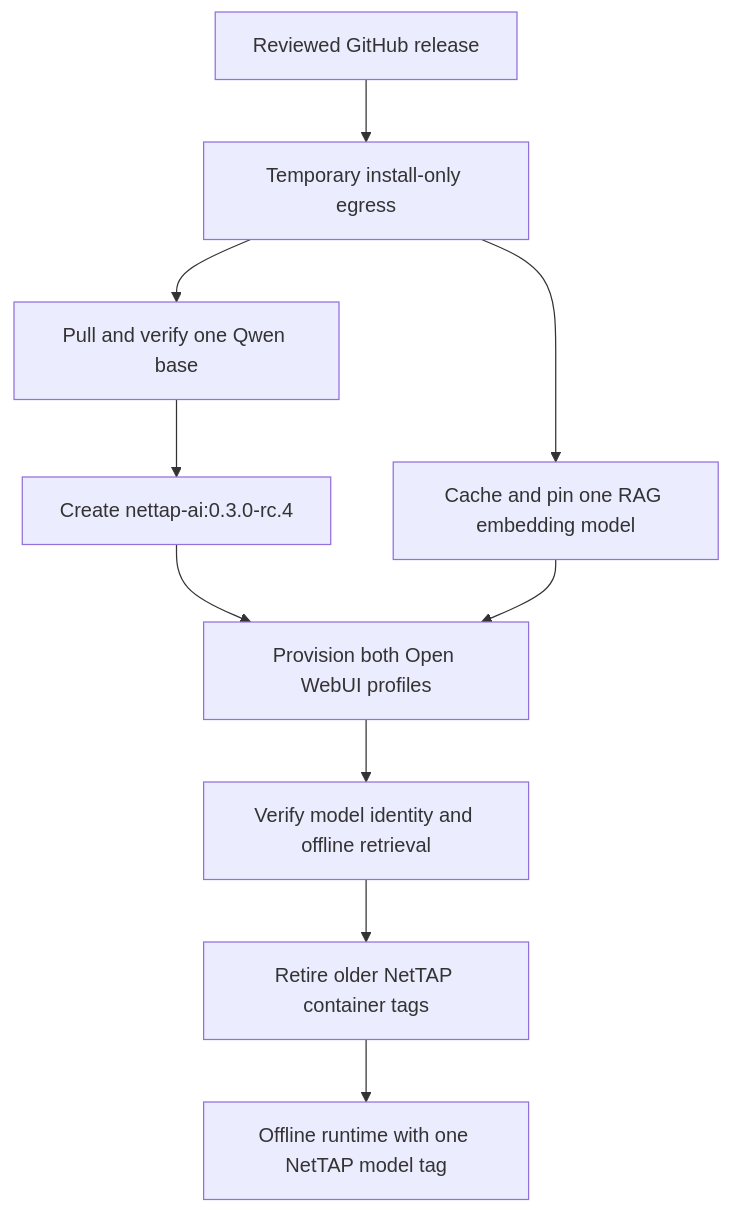
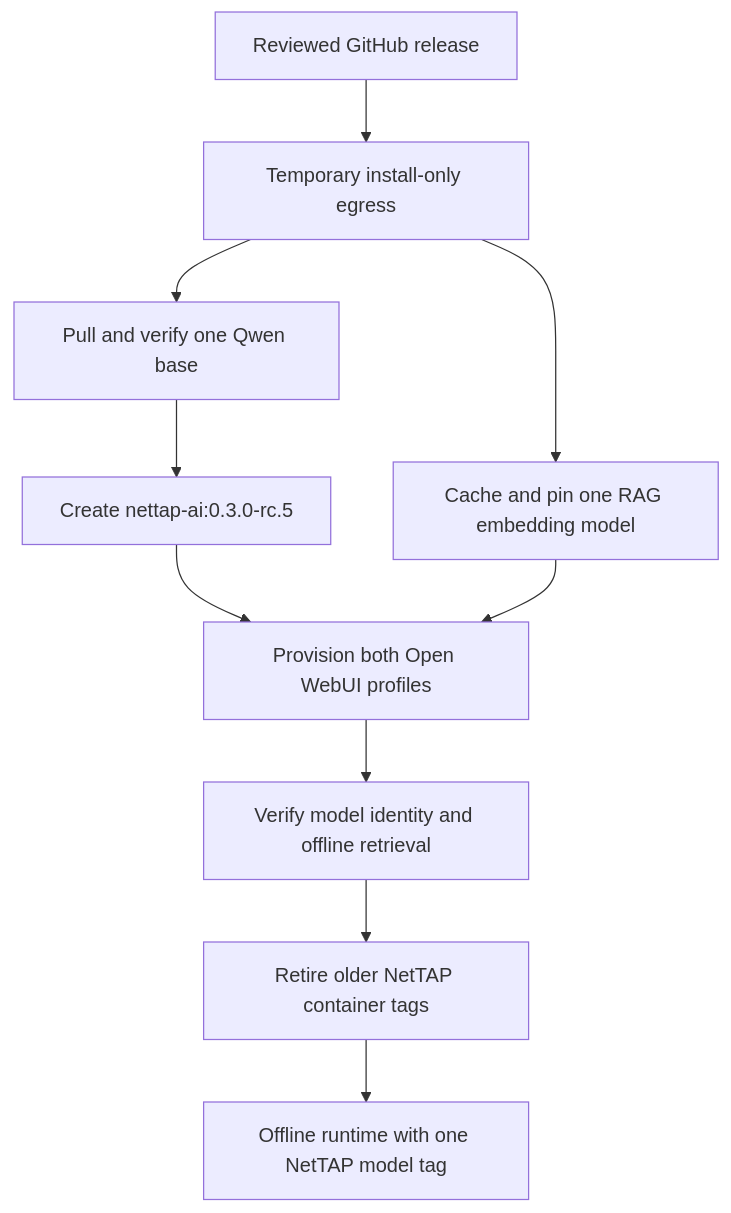
The second of 2 diagrams in docs/ARCHITECTURE.md (mpdwyer2367/nettap-packet-expert), drawn with Mermaid before and after one commit. The commit also changed other lines of this file and 56 other files, not shown here.

````diff
--- a/docs/ARCHITECTURE.md
+++ b/docs/ARCHITECTURE.md
@@ -32,12 +32,12 @@
 ```mermaid
 flowchart TB
     G["Reviewed GitHub release"] --> T["Temporary install-only egress"]
     T --> Q["Pull and verify one Qwen base"]
     T --> R["Cache and pin one RAG embedding model"]
-    Q --> C["Create nettap-ai:0.3.0-rc.4"]
+    Q --> C["Create nettap-ai:0.3.0-rc.5"]
     C --> P["Provision both Open WebUI profiles"]
     R --> P
     P --> V["Verify model identity and offline retrieval"]
     V --> X["Retire older NetTAP container tags"]
     X --> F["Offline runtime with one NetTAP model tag"]
 ```
````
